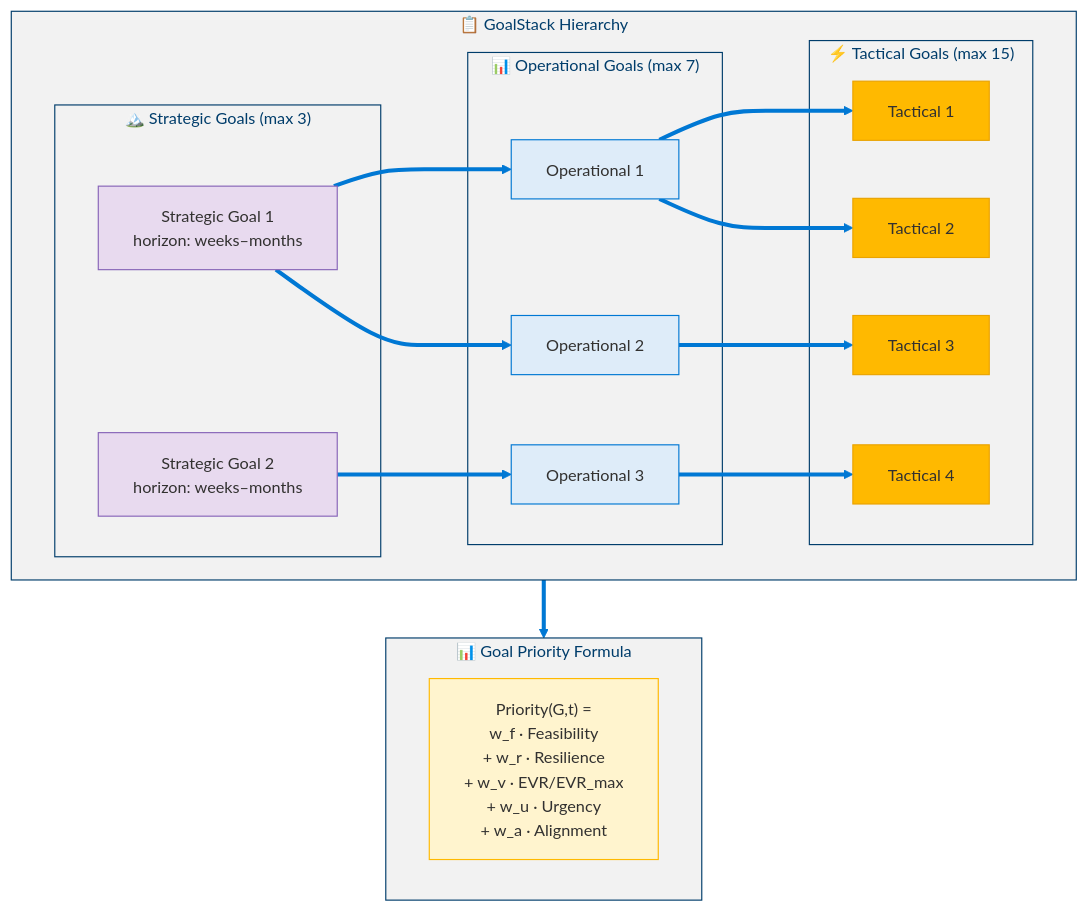
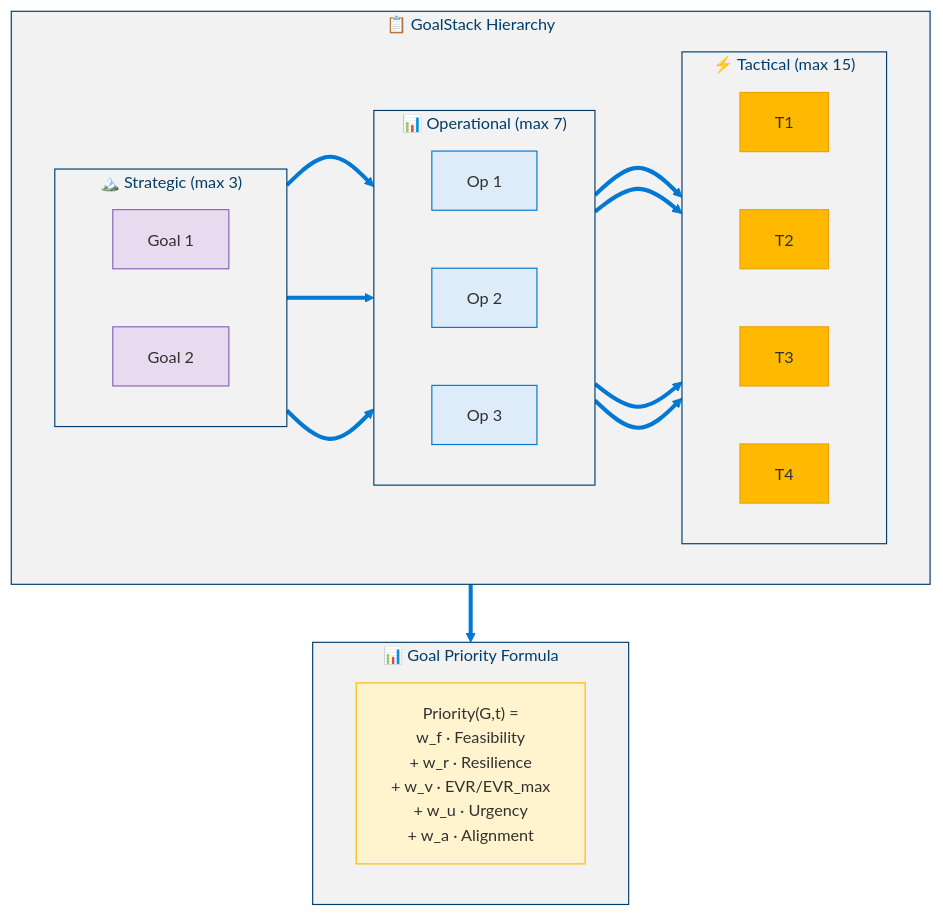
One commit to dotnetpower/mscp changed the tenth of 17 diagrams in docs/levels/Level_4_8_Strategic_Self_Modeling.md. Above: the diagram before and after it, drawn with Mermaid. The commit also changed other lines of this file and 10 other files, not shown here.

````diff
--- a/docs/levels/Level_4_8_Strategic_Self_Modeling.md
+++ b/docs/levels/Level_4_8_Strategic_Self_Modeling.md
@@ -429,42 +429,45 @@
 ```mermaid
 %%{init: {'theme': 'base', 'themeVariables': {'primaryColor': '#0078D4', 'primaryTextColor': '#003D6B', 'primaryBorderColor': '#003D6B', 'secondaryColor': '#50E6FF', 'secondaryTextColor': '#323130', 'secondaryBorderColor': '#00BCF2', 'tertiaryColor': '#F2F2F2', 'tertiaryTextColor': '#323130', 'lineColor': '#0078D4', 'textColor': '#323130', 'mainBkg': '#DEECF9', 'nodeBorder': '#0078D4', 'clusterBkg': '#F2F2F2', 'clusterBorder': '#003D6B', 'titleColor': '#003D6B', 'edgeLabelBackground': '#FFFFFF', 'fontSize': '14px'}}}%%
 flowchart TD
   classDef strategic fill:#E8DAEF,stroke:#8764B8,color:#323130
   classDef operational fill:#DEECF9,stroke:#0078D4,color:#323130
   classDef tactical fill:#FFB900,stroke:#EAA300,color:#323130
   classDef formula fill:#FFF4CE,stroke:#FFB900,color:#323130
 
   subgraph GoalStack["📋 GoalStack Hierarchy"]
-    subgraph Strategic["🏔️ Strategic Goals (max 3)"]
-      SG1["Strategic Goal 1<br/>horizon: weeks–months"]:::strategic
-      SG2["Strategic Goal 2<br/>horizon: weeks–months"]:::strategic
+    subgraph Strategic["🏔️ Strategic (max 3)"]
+      direction LR
+      SG1["Goal 1"]:::strategic
+      SG2["Goal 2"]:::strategic
     end
 
-    subgraph Operational["📊 Operational Goals (max 7)"]
-      OG1["Operational 1"]:::operational
-      OG2["Operational 2"]:::operational
-      OG3["Operational 3"]:::operational
+    subgraph Operational["📊 Operational (max 7)"]
+      direction LR
+      OG1["Op 1"]:::operational
+      OG2["Op 2"]:::operational
+      OG3["Op 3"]:::operational
     end
 
-    subgraph Tactical["⚡ Tactical Goals (max 15)"]
-      TG1["Tactical 1"]:::tactical
-      TG2["Tactical 2"]:::tactical
-      TG3["Tactical 3"]:::tactical
-      TG4["Tactical 4"]:::tactical
+    subgraph Tactical["⚡ Tactical (max 15)"]
+      direction LR
+      TG1["T1"]:::tactical
+      TG2["T2"]:::tactical
+      TG3["T3"]:::tactical
+      TG4["T4"]:::tactical
     end
   end
 
   SG1 ==> OG1
   SG1 ==> OG2
   SG2 ==> OG3
   OG1 ==> TG1
   OG1 ==> TG2
   OG2 ==> TG3
   OG3 ==> TG4
 
   subgraph Priority["📊 Goal Priority Formula"]
     FORM["Priority(G,t) =<br/>w_f · Feasibility<br/>+ w_r · Resilience<br/>+ w_v · EVR/EVR_max<br/>+ w_u · Urgency<br/>+ w_a · Alignment"]:::formula
   end
 
   GoalStack ==> Priority
 ```
````
